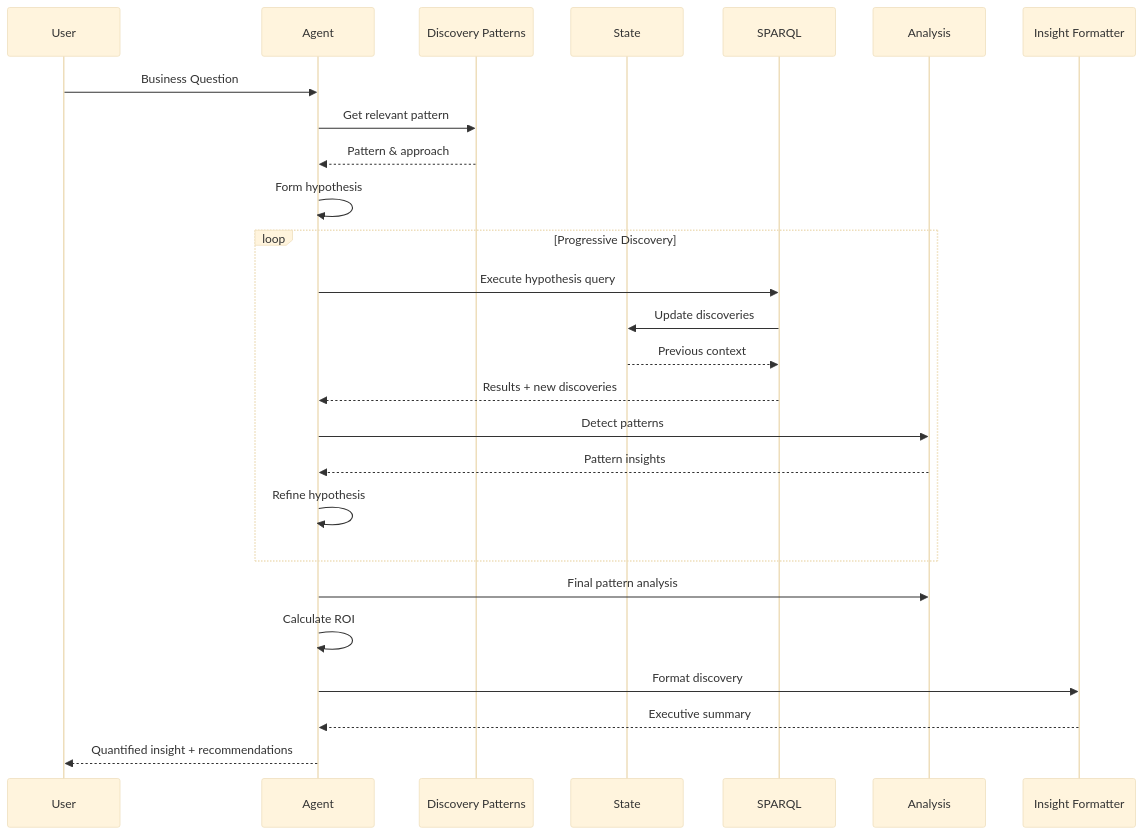
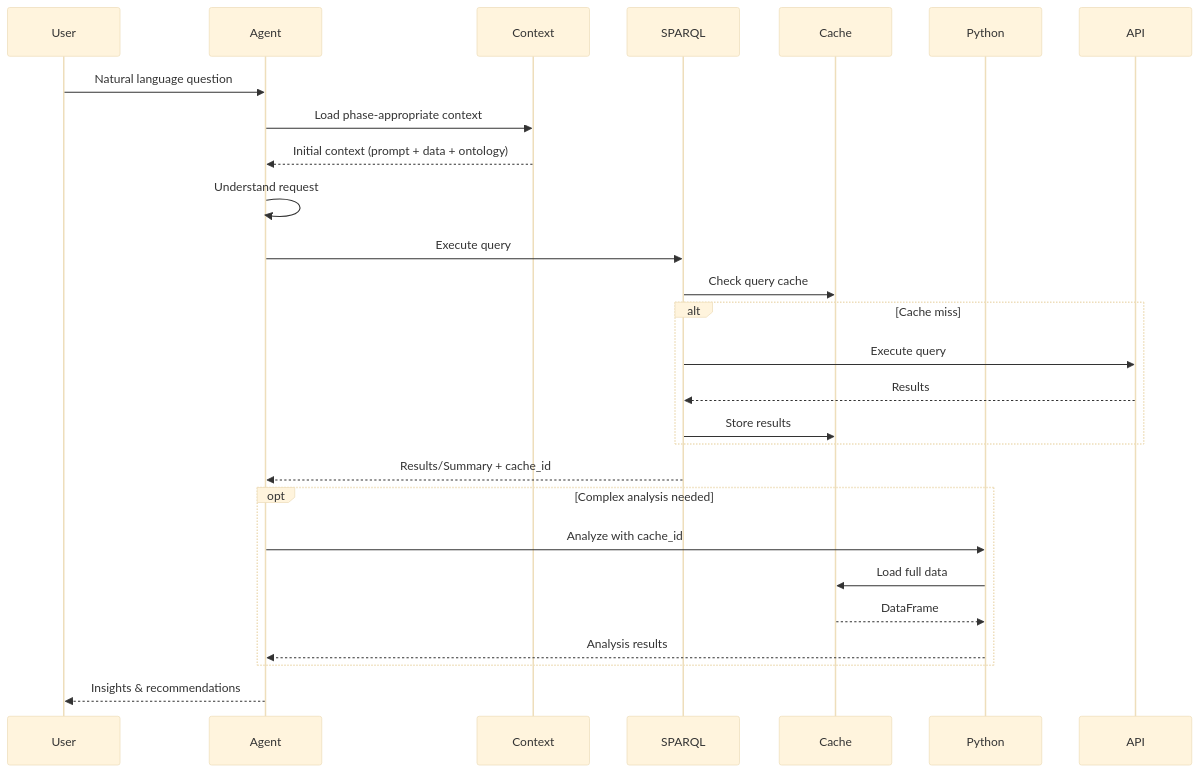
The second of 3 diagrams in SYSTEM_ARCHITECTURE.md (mcfitzgerald/ontology-project), drawn with Mermaid (base theme) before and after one commit. The commit also changed other lines of this file and 11 other files, not shown here.

````diff
--- a/SYSTEM_ARCHITECTURE.md
+++ b/SYSTEM_ARCHITECTURE.md
@@ -352,31 +338,34 @@
 ```mermaid
 sequenceDiagram
     participant User
     participant Agent
-    participant Discovery as Discovery Patterns
-    participant State
+    participant Context
     participant SPARQL
-    participant Analysis
-    participant Insight as Insight Formatter
+    participant Cache
+    participant Python
     
-    User->>Agent: Business Question
-    Agent->>Discovery: Get relevant pattern
-    Discovery-->>Agent: Pattern & approach
-    Agent->>Agent: Form hypothesis
+    User->>Agent: Natural language question
+    Agent->>Context: Load phase-appropriate context
+    Context-->>Agent: Initial context (prompt + data + ontology)
     
-    loop Progressive Discovery
-        Agent->>SPARQL: Execute hypothesis query
-        SPARQL->>State: Update discoveries
-        State-->>SPARQL: Previous context
-        SPARQL-->>Agent: Results + new discoveries
-        Agent->>Analysis: Detect patterns
-        Analysis-->>Agent: Pattern insights
-        Agent->>Agent: Refine hypothesis
+    Agent->>Agent: Understand request
+    Agent->>SPARQL: Execute query
+    SPARQL->>Cache: Check query cache
+    
+    alt Cache miss
+        SPARQL->>API: Execute query
+        API-->>SPARQL: Results
+        SPARQL->>Cache: Store results
     end
     
-    Agent->>Analysis: Final pattern analysis
-    Agent->>Agent: Calculate ROI
-    Agent->>Insight: Format discovery
-    Insight-->>Agent: Executive summary
-    Agent-->>User: Quantified insight + recommendations
+    SPARQL-->>Agent: Results/Summary + cache_id
+    
+    opt Complex analysis needed
+        Agent->>Python: Analyze with cache_id
+        Python->>Cache: Load full data
+        Cache-->>Python: DataFrame
+        Python-->>Agent: Analysis results
+    end
+    
+    Agent-->>User: Insights & recommendations
 ```
````
